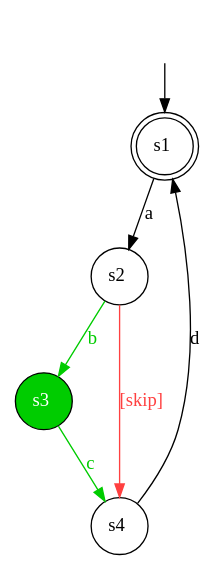
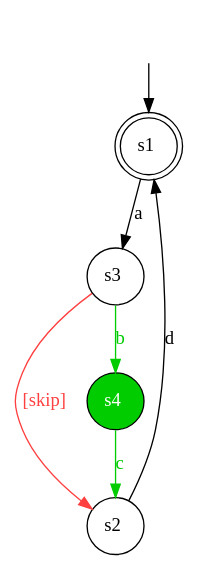
The diagram in examples/PostProcessing/result2.dot (TNO/gLTSdiff), drawn with Graphviz before and after one commit. The commit also changed 3 other files, not shown here.

```diff
--- a/examples/PostProcessing/result2.dot
+++ b/examples/PostProcessing/result2.dot
@@ -1,13 +1,13 @@
 digraph diffautomaton {
 	1 [label=<s1> shape="doublecircle"];
 	2 [label=<s2> shape="circle"];
-	3 [label=<s3> shape="circle" fillcolor="#00cc00" fontcolor="#ffffff" style="filled"];
-	4 [label=<s4> shape="circle"];
+	3 [label=<s3> shape="circle"];
+	4 [label=<s4> shape="circle" fillcolor="#00cc00" fontcolor="#ffffff" style="filled"];
 	__init1 [label=<> shape="none"];
 	__init1 -> 1;
-	1 -> 2 [label=<<font color="#000000">a</font>> id="1-0-2"];
-	2 -> 3 [label=<<font color="#00cc00">b</font>> color="#00cc00" id="2-0-3"];
-	2 -> 4 [label=<<font color="#ff4040">[skip]</font>> color="#ff4040" id="2-1-4"];
-	3 -> 4 [label=<<font color="#00cc00">c</font>> color="#00cc00" id="3-0-4"];
-	4 -> 1 [label=<<font color="#000000">d</font>> id="4-0-1"];
+	1 -> 3 [label=<<font color="#000000">a</font>> id="1-0-3"];
+	2 -> 1 [label=<<font color="#000000">d</font>> id="2-0-1"];
+	3 -> 4 [label=<<font color="#00cc00">b</font>> color="#00cc00" id="3-0-4"];
+	3 -> 2 [label=<<font color="#ff4040">[skip]</font>> color="#ff4040" id="3-1-2"];
+	4 -> 2 [label=<<font color="#00cc00">c</font>> color="#00cc00" id="4-0-2"];
 }
```
